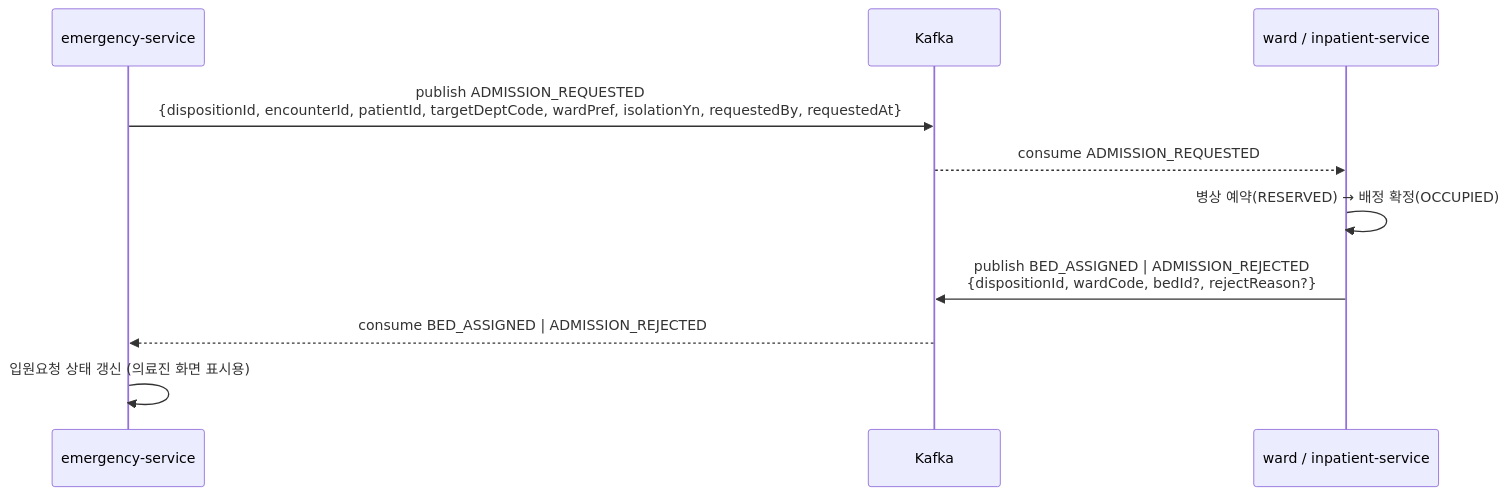
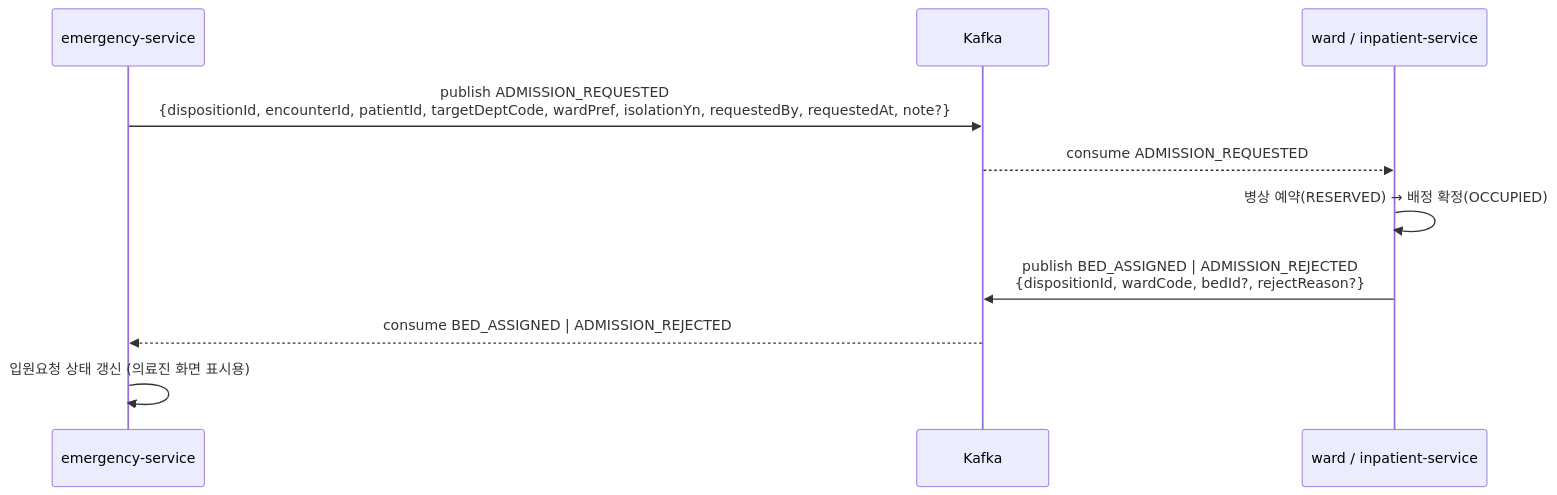
One commit to SEOUL-IT-HIS/emergency-service changed the seventh of 8 diagrams in docs/flow.md. Above: the diagram before and after it, drawn with Mermaid. The commit also changed 7 other files, not shown here.

Commit message:
UD2-40 1. 병동팀 회신 반영 - 입원요청 이벤트에 선택 필드 note(요청 메모, 500자 이내) 추가, requestedAt을 합의 형식(yyyy-MM-dd'T'HH:mm:ss, 소수 초 없음) 문자열로 발행, 메시지 key는 dispositionId 유지 기능수정 2. 문서(flow.md)에 합의 내용 반영 기능수정

````diff
--- a/docs/flow.md
+++ b/docs/flow.md
@@ -161,13 +161,13 @@
 ```mermaid
 sequenceDiagram
   participant EMG as emergency-service
   participant Kafka as Kafka
   participant IPT as ward / inpatient-service
 
-  EMG->>Kafka: publish ADMISSION_REQUESTED<br/>{dispositionId, encounterId, patientId, targetDeptCode, wardPref, isolationYn, requestedBy, requestedAt}
+  EMG->>Kafka: publish ADMISSION_REQUESTED<br/>{dispositionId, encounterId, patientId, targetDeptCode, wardPref, isolationYn, requestedBy, requestedAt, note?}
   Kafka-->>IPT: consume ADMISSION_REQUESTED
   IPT->>IPT: 병상 예약(RESERVED) → 배정 확정(OCCUPIED)
   IPT->>Kafka: publish BED_ASSIGNED | ADMISSION_REJECTED<br/>{dispositionId, wardCode, bedId?, rejectReason?}
   Kafka-->>EMG: consume BED_ASSIGNED | ADMISSION_REJECTED
   EMG->>EMG: 입원요청 상태 갱신 (의료진 화면 표시용)
 ```
````
